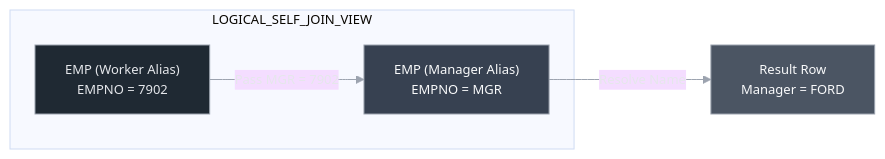
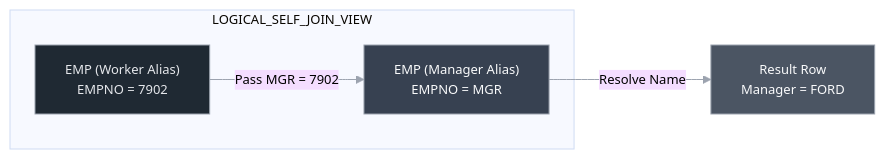
The first of 4 diagrams in day06/README.md (Avinash-706/SQL-Practice), drawn with Mermaid before and after one commit. The commit also changed other lines of this file, not shown here.

````diff
--- a/day06/README.md
+++ b/day06/README.md
@@ -125,29 +125,30 @@
 ```mermaid
 %%{init: {
   "theme": "base",
   "themeVariables": {
     "lineColor": "#9ca3af",
-    "primaryTextColor": "#e5e7eb",
+    "primaryTextColor": "#000000",
     "fontSize": "13px"
+
   }
 }}%%
 
 graph LR
 
 subgraph LOGICAL_SELF_JOIN_VIEW
     W["EMP (Worker Alias)<br/>EMPNO = 7902"]
     M["EMP (Manager Alias)<br/>EMPNO = MGR"]
 end
 
 W -->|"Pass MGR = 7902"| M
 M -->|"Resolve Name"| R["Result Row<br/>Manager = FORD"]
 
 %% ===== Styling : Premium Grey Shades =====
 classDef worker fill:#1f2933,stroke:#9ca3af,color:#e5e7eb;
 classDef manager fill:#374151,stroke:#9ca3af,color:#f9fafb;
 classDef result fill:#4b5563,stroke:#9ca3af,color:#f9fafb;
 
 class W worker
 class M manager
 class R result
 ```
````
